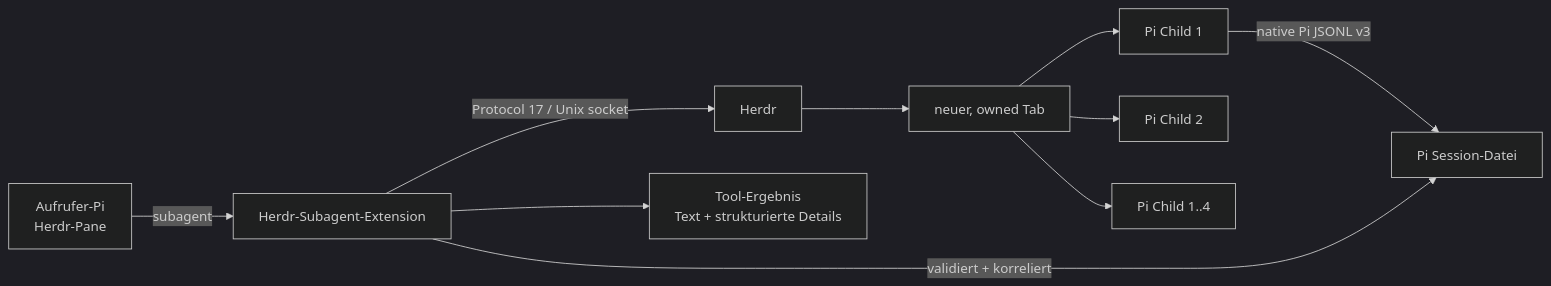
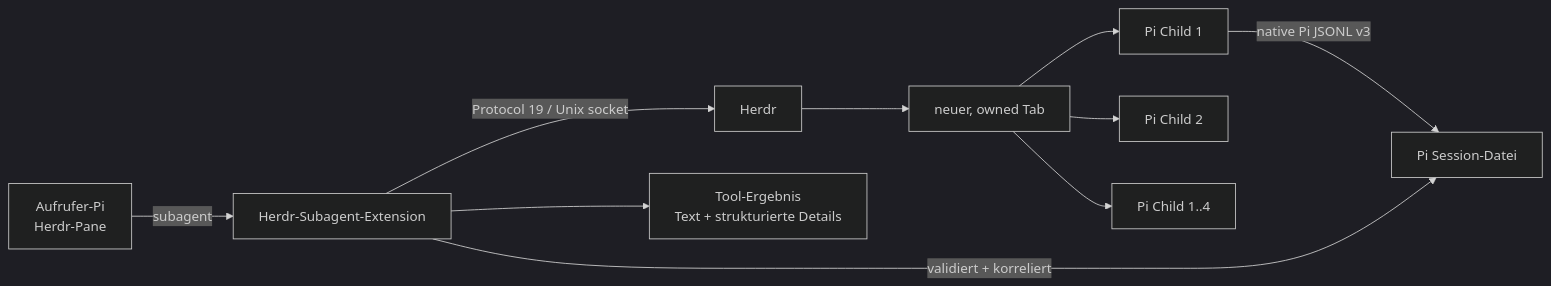
The first of 6 diagrams in .pi/agent/extensions/herdr-subagent/README.md (Eckii24/dotfiles), drawn with Mermaid (dark theme) before and after one commit. The commit also changed other lines of this file and 5 other files, not shown here.

Commit message:
refactor(pi): update herdr subagent to protocol 19

````diff
--- a/.pi/agent/extensions/herdr-subagent/README.md
+++ b/.pi/agent/extensions/herdr-subagent/README.md
@@ -28,12 +28,12 @@
 ```mermaid
 flowchart LR
   P[Aufrufer-Pi\nHerdr-Pane] -->|subagent| E[Herdr-Subagent-Extension]
-  E -->|Protocol 17 / Unix socket| H[Herdr]
+  E -->|Protocol 19 / Unix socket| H[Herdr]
   H --> T[neuer, owned Tab]
   T --> C1[Pi Child 1]
   T --> C2[Pi Child 2]
   T --> Cn[Pi Child 1..4]
   C1 -->|native Pi JSONL v3| S[Pi Session-Datei]
   E -->|validiert + korreliert| S
   E --> R[Tool-Ergebnis\nText + strukturierte Details]
 ```
````
